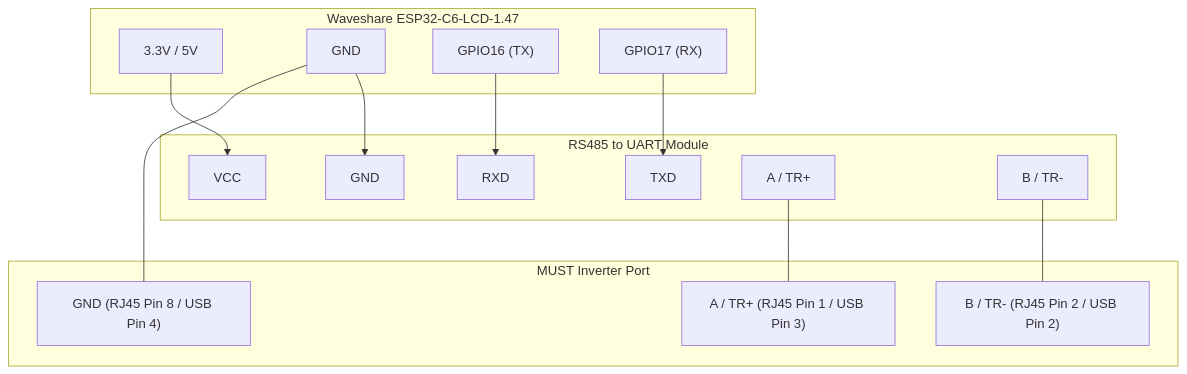
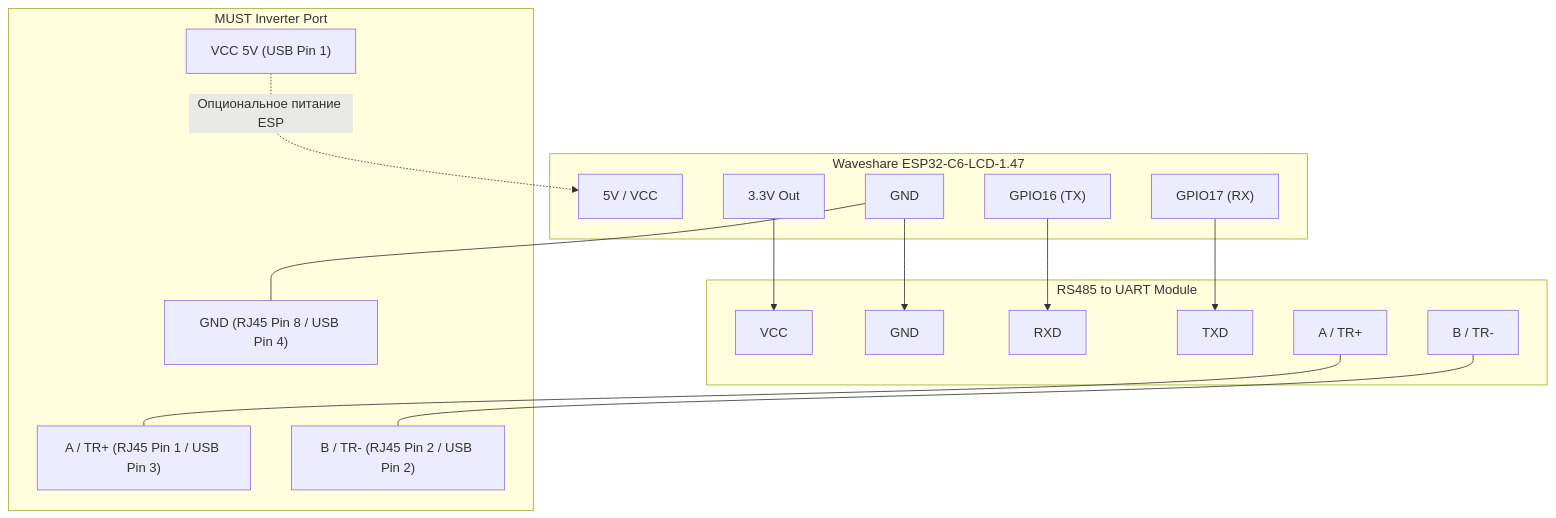
The diagram in README-must-ph19.md (set-st/esphome-must-inverter), drawn with Mermaid before and after one commit.

````diff
--- a/README-must-ph19.md
+++ b/README-must-ph19.md
@@ -51,35 +51,40 @@
 ```mermaid
 graph TD
     subgraph "Waveshare ESP32-C6-LCD-1.47"
-        3V3["3.3V / 5V"]
+        ESP_5V["5V / VCC"]
+        ESP_3V3["3.3V Out"]
         GND1["GND"]
         G16["GPIO16 (TX)"]
         G17["GPIO17 (RX)"]
     end
 
     subgraph "RS485 to UART Module"
         RS_VCC["VCC"]
         RS_GND["GND"]
         RS_RXD["RXD"]
         RS_TXD["TXD"]
         RS_A["A / TR+"]
         RS_B["B / TR-"]
     end
 
     subgraph "MUST Inverter Port"
+        INV_VCC["VCC 5V (USB Pin 1)"]
         INV_A["A / TR+ (RJ45 Pin 1 / USB Pin 3)"]
         INV_B["B / TR- (RJ45 Pin 2 / USB Pin 2)"]
         INV_GND["GND (RJ45 Pin 8 / USB Pin 4)"]
     end
 
-    %% RS485 Power & Data
-    3V3 --> RS_VCC
+    %% Power from Inverter to ESP32 (if using USB WiFi port)
+    INV_VCC -.->|Опциональное питание ESP| ESP_5V
+
+    %% RS485 Power & Data (from ESP32 to Converter)
+    ESP_3V3 --> RS_VCC
     GND1 --> RS_GND
     G16 --> RS_RXD
     G17 --> RS_TXD
 
     %% Modbus to Inverter
     RS_A --- INV_A
     RS_B --- INV_B
     GND1 --- INV_GND
 ```
````
